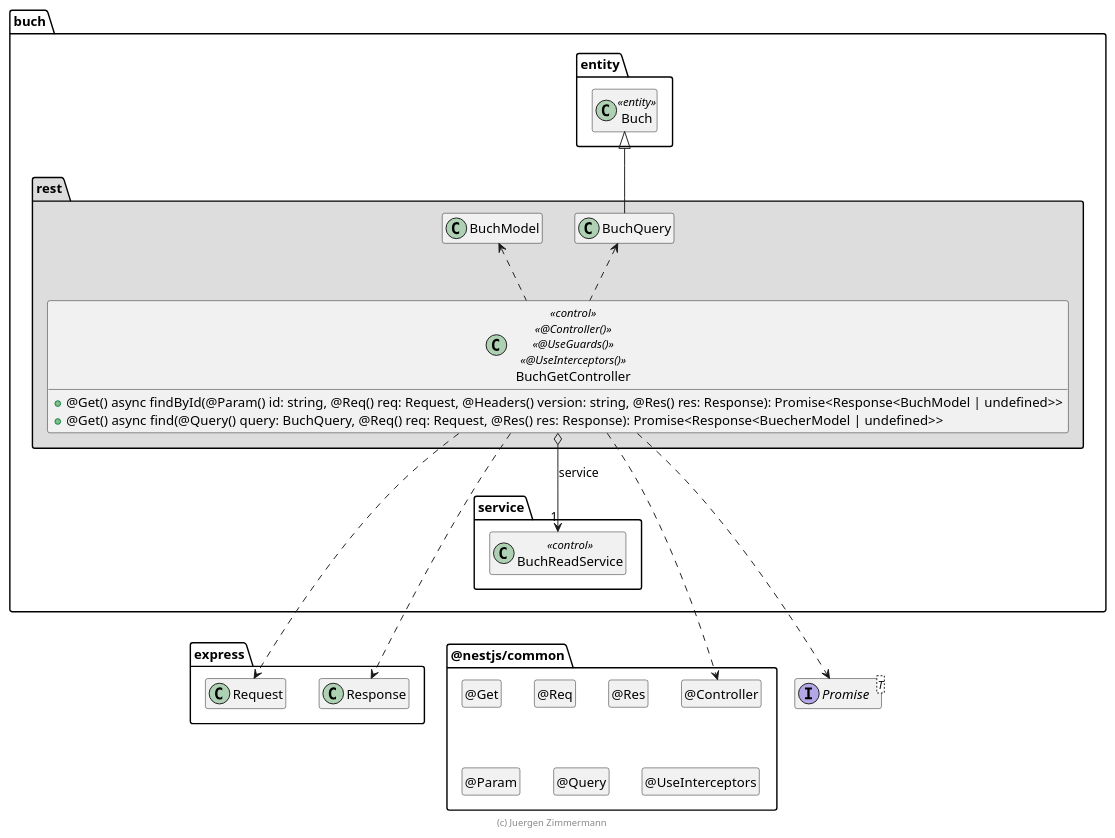
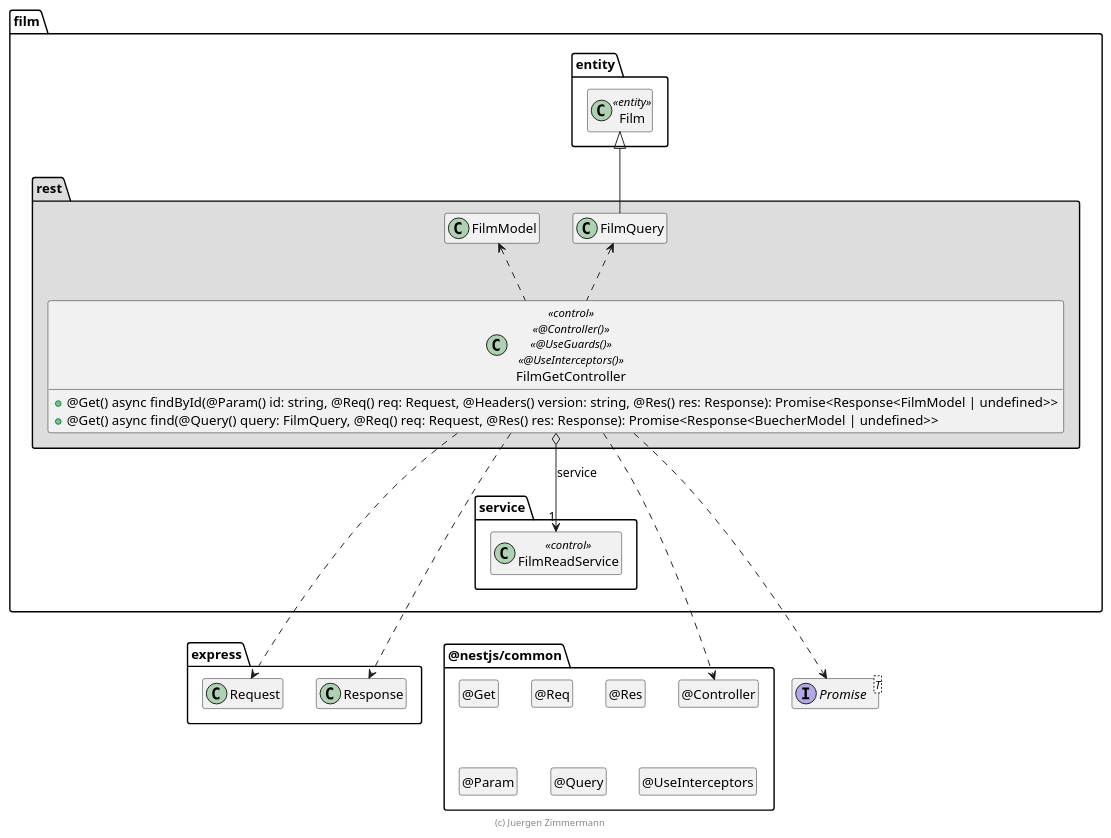
The diagram in .extras/doc/entwicklerhandbuch/FilmGetController.plantuml (Yuszi/Film), drawn with PlantUML before and after one commit. The commit also changed 58 other files, not shown here.

```diff
--- a/.extras/doc/entwicklerhandbuch/FilmGetController.plantuml
+++ b/.extras/doc/entwicklerhandbuch/FilmGetController.plantuml
@@ -18,74 +18,74 @@
 @startuml Controller-Klasse
 
 interface Promise<T>
 
 package @nestjs/common {
   class "@Controller" as Controller
   hide Controller circle
 
   class "@Get" as Get
   hide Get circle
 
   class "@Req" as Req
   hide Req circle
 
   class "@Res" as Res
   hide Res circle
 
   class "@Param" as Param
   hide Param circle
 
   class "@Query" as Query
   hide Query circle
 
   class "@UseInterceptors" as UseInterceptors
   hide UseInterceptors circle
 }
 
 package express {
   class Request
   class Response
 
   Response .[hidden].> Controller
 }
 
-package buch {
+package film {
   package entity #FFFFFF {
-    class Buch <<entity>>
+    class Film <<entity>>
 
-    Buch .[hidden].> Promise
-    Buch .[hidden].> Request
+    Film .[hidden].> Promise
+    Film .[hidden].> Request
   }
 
   package service {
-    class BuchReadService << control >>
+    class FilmReadService << control >>
   }
 
   package rest #DDDDDD {
-    BuchQuery -up-|> Buch
+    FilmQuery -up-|> Film
 
-    class BuchGetController << control >> << @Controller() >> << @UseGuards() >> << @UseInterceptors() >> {
-      + @Get() async findById(@Param() id: string, @Req() req: Request, @Headers() version: string, @Res() res: Response): Promise<Response<BuchModel | undefined>>
-      + @Get() async find(@Query() query: BuchQuery, @Req() req: Request,  @Res() res: Response): Promise<Response<BuecherModel | undefined>>
+    class FilmGetController << control >> << @Controller() >> << @UseGuards() >> << @UseInterceptors() >> {
+      + @Get() async findById(@Param() id: string, @Req() req: Request, @Headers() version: string, @Res() res: Response): Promise<Response<FilmModel | undefined>>
+      + @Get() async find(@Query() query: FilmQuery, @Req() req: Request,  @Res() res: Response): Promise<Response<BuecherModel | undefined>>
     }
 
-    BuchGetController o--> "1" BuchReadService : service
+    FilmGetController o--> "1" FilmReadService : service
 
-    BuchGetController ..> Controller
-    BuchGetController ..> Request
-    BuchGetController ..> Response
-    BuchGetController ..> Promise
-    BuchGetController .up.> BuchModel
-    BuchGetController .up.> BuchQuery
+    FilmGetController ..> Controller
+    FilmGetController ..> Request
+    FilmGetController ..> Response
+    FilmGetController ..> Promise
+    FilmGetController .up.> FilmModel
+    FilmGetController .up.> FilmQuery
 
-    BuchReadService .[hidden].> Request
-    BuchReadService .[hidden].> Promise
+    FilmReadService .[hidden].> Request
+    FilmReadService .[hidden].> Promise
     Response .right[hidden].> Controller
   }
 }
 
 hide empty members
 
 footer (c) Juergen Zimmermann
 
 @enduml
```
